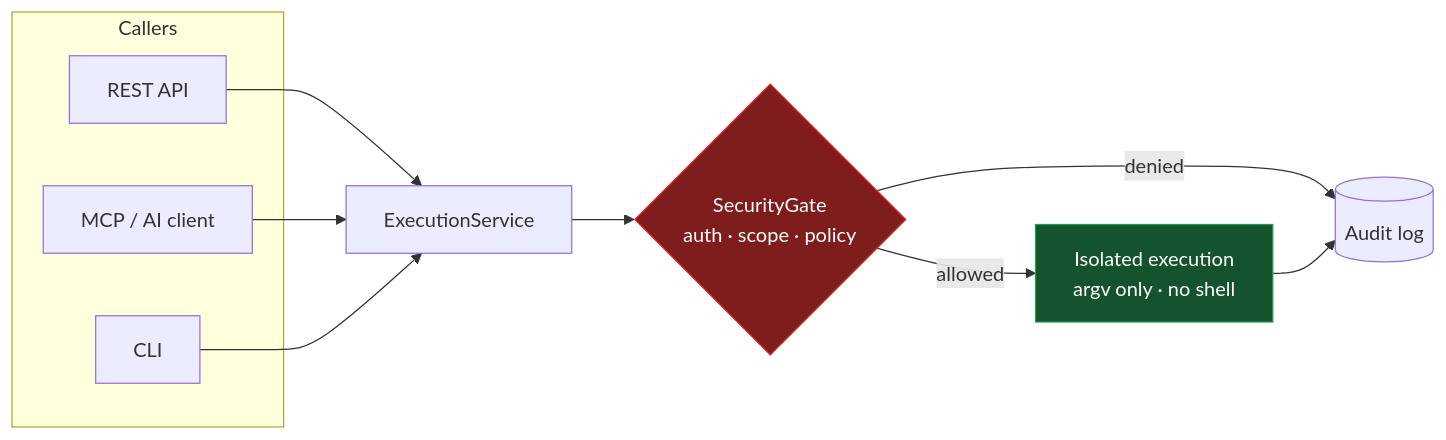
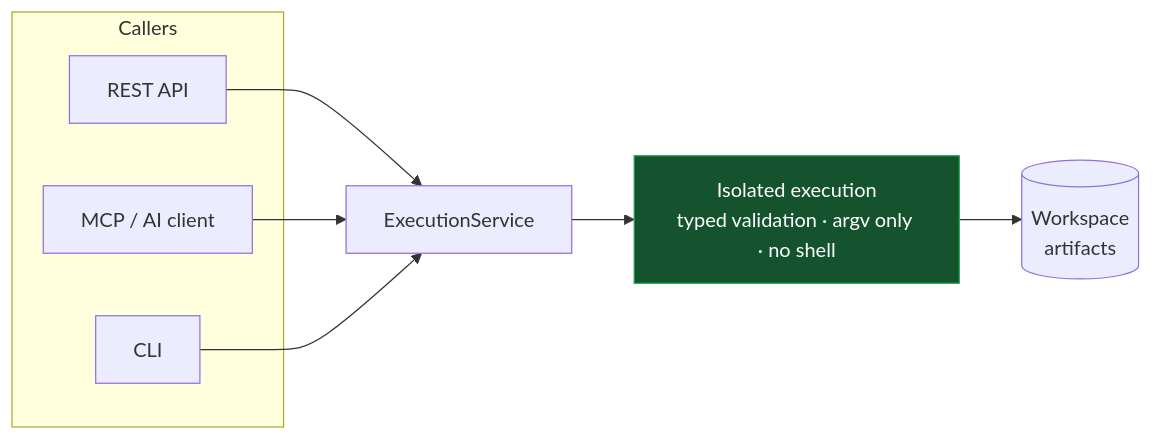
One commit to Arseno25/nexhunter changed the first of 2 diagrams in README.md. Above: the diagram before and after it, drawn with Mermaid. The commit also changed other lines of this file and 56 other files, not shown here.

````diff
--- a/README.md
+++ b/README.md
@@ -31,22 +30,18 @@
 ```mermaid
 flowchart LR
     subgraph callers [Callers]
         REST[REST API]
         MCP[MCP / AI client]
         CLI[CLI]
     end
 
     REST --> SVC[ExecutionService]
     MCP --> SVC
     CLI --> SVC
 
-    SVC --> GATE{SecurityGate<br/>auth · scope · policy}
-    GATE -->|denied| AUDIT[(Audit log)]
-    GATE -->|allowed| RUN[Isolated execution<br/>argv only · no shell]
-    RUN --> AUDIT
+    SVC --> RUN[Isolated execution<br/>typed validation · argv only · no shell]
+    RUN --> WS[(Workspace<br/>artifacts)]
 
-    classDef deny fill:#7f1d1d,stroke:#dc2626,color:#fff
     classDef allow fill:#14532d,stroke:#16a34a,color:#fff
-    class GATE deny
     class RUN allow
 ```
````
